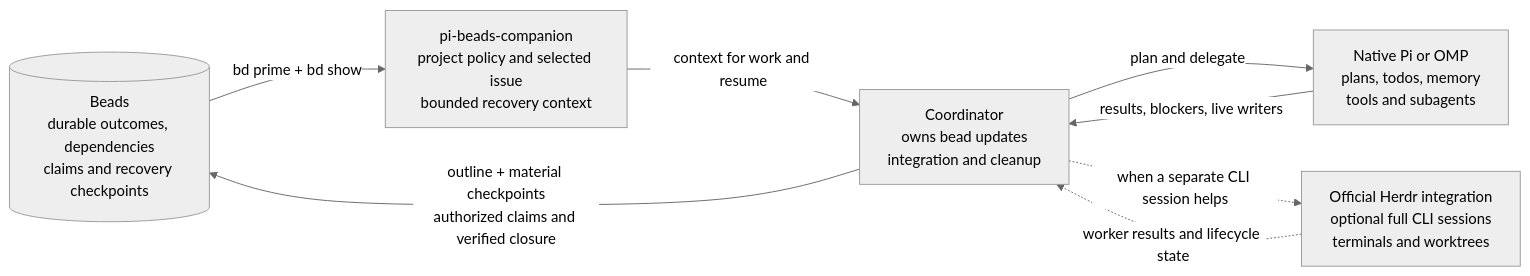
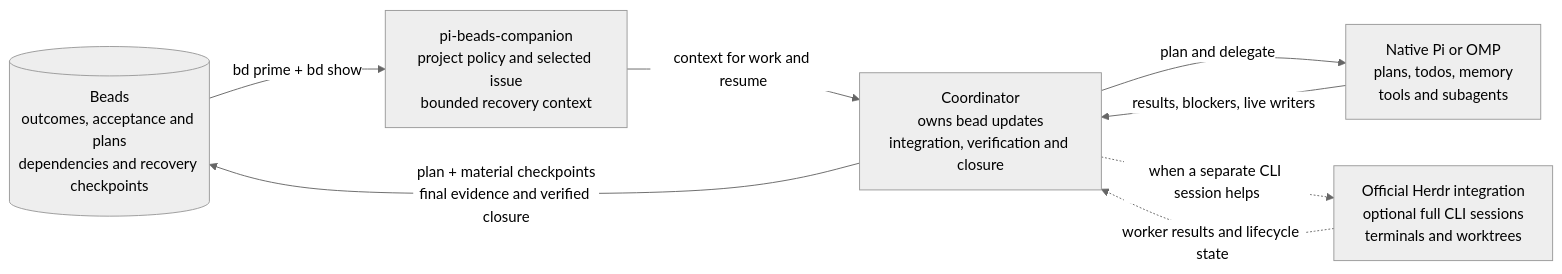
One commit to jeffhuen/pi-beads-companion changed the diagram in README.md. Above: the diagram before and after it, drawn with Mermaid (neutral theme). The commit also changed other lines of this file and 6 other files, not shown here.

````diff
--- a/README.md
+++ b/README.md
@@ -9,16 +60,16 @@
 ```mermaid
 flowchart LR
-    beads[("Beads<br/>durable outcomes, dependencies<br/>claims and recovery checkpoints")]
+    beads[("Beads<br/>outcomes, acceptance and plans<br/>dependencies and recovery checkpoints")]
     companion["pi-beads-companion<br/>project policy and selected issue<br/>bounded recovery context"]
-    coordinator["Coordinator<br/>owns bead updates<br/>integration and cleanup"]
+    coordinator["Coordinator<br/>owns bead updates<br/>integration, verification and closure"]
     harness["Native Pi or OMP<br/>plans, todos, memory<br/>tools and subagents"]
     herdr["Official Herdr integration<br/>optional full CLI sessions<br/>terminals and worktrees"]
 
     beads -->|"bd prime + bd show"| companion
     companion -->|"context for work and resume"| coordinator
     coordinator -->|"plan and delegate"| harness
     harness -->|"results, blockers, live writers"| coordinator
-    coordinator -->|"outline + material checkpoints<br/>authorized claims and verified closure"| beads
+    coordinator -->|"plan + material checkpoints<br/>final evidence and verified closure"| beads
     coordinator -.->|"when a separate CLI session helps"| herdr
     herdr -.->|"worker results and lifecycle state"| coordinator
 ```
````
